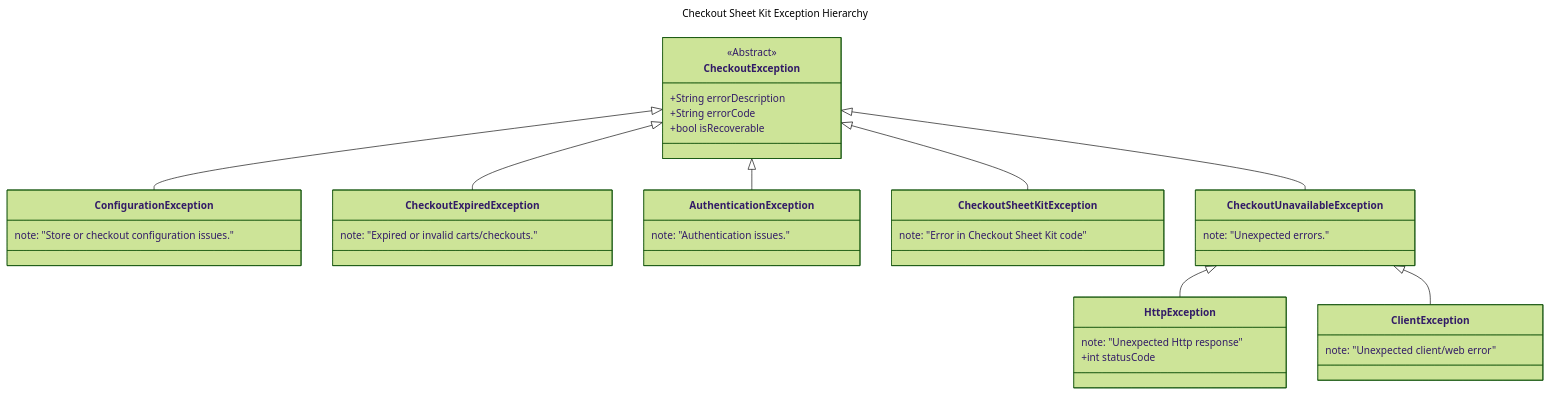
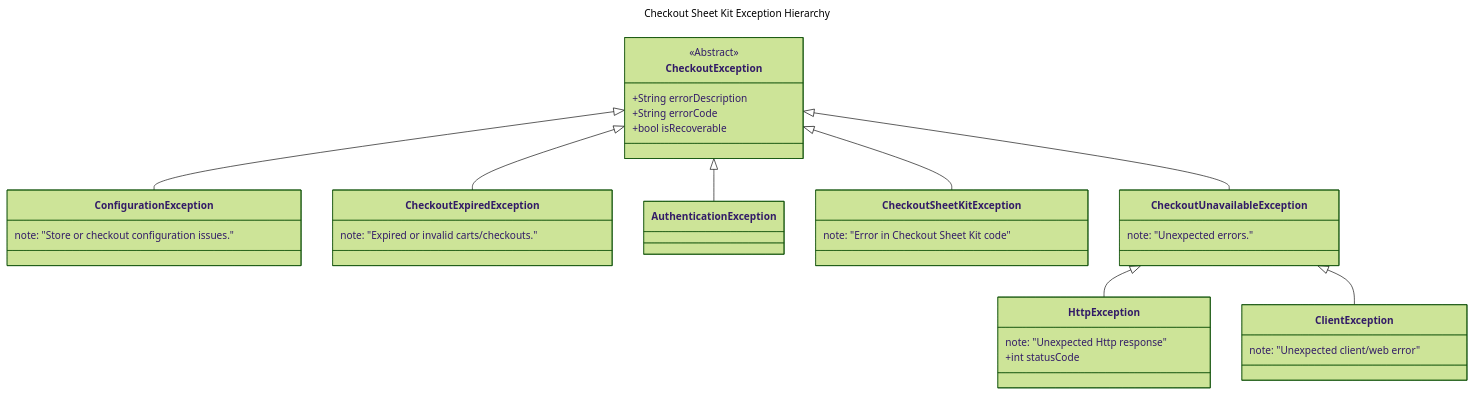
Before and after one commit to Shopify/checkout-sheet-kit-android: the diagram in README.md, drawn with Mermaid (forest theme). The commit also changed 3 other files, not shown here.

````diff
--- a/README.md
+++ b/README.md
@@ -262,41 +315,38 @@
 ```mermaid
 ---
 title: Checkout Sheet Kit Exception Hierarchy
 ---
 classDiagram
     CheckoutException <|-- ConfigurationException
     CheckoutException <|-- CheckoutExpiredException
     CheckoutException <|-- AuthenticationException
     CheckoutException <|-- CheckoutSheetKitException
     CheckoutException <|-- CheckoutUnavailableException
     CheckoutUnavailableException <|-- HttpException
     CheckoutUnavailableException <|-- ClientException
 
     <<Abstract>> CheckoutException
     CheckoutException : +String errorDescription
     CheckoutException : +String errorCode
     CheckoutException : +bool isRecoverable
 
     class ConfigurationException{
         note: "Store or checkout configuration issues."
     }
     class CheckoutExpiredException{
         note: "Expired or invalid carts/checkouts."
     }
-    class AuthenticationException{
-        note: "Authentication issues."
-    }
     class CheckoutUnavailableException{
         note: "Unexpected errors."
     }
     class HttpException{
         note: "Unexpected Http response"
         +int statusCode
     }
     class ClientException{
         note: "Unexpected client/web error"
     }
     class CheckoutSheetKitException{
         note: "Error in Checkout Sheet Kit code"
     }
 ```
````
